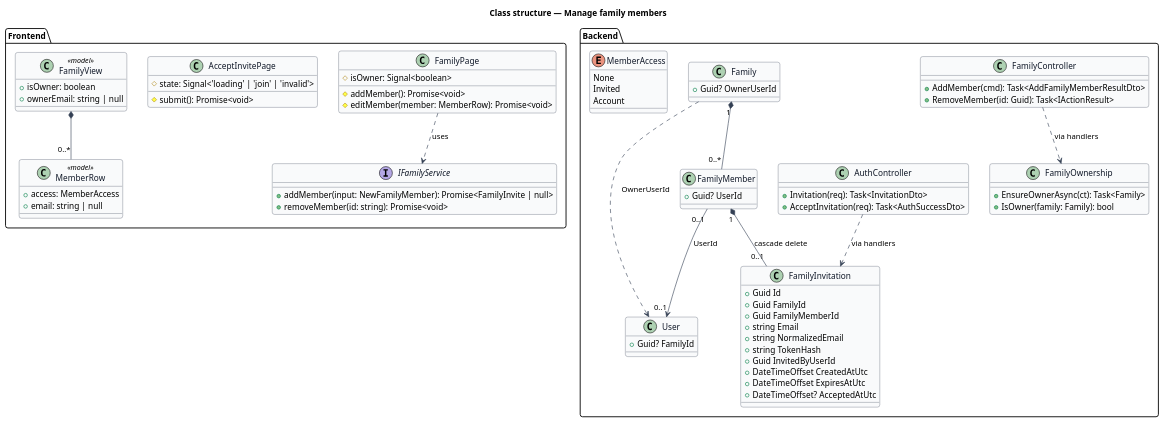
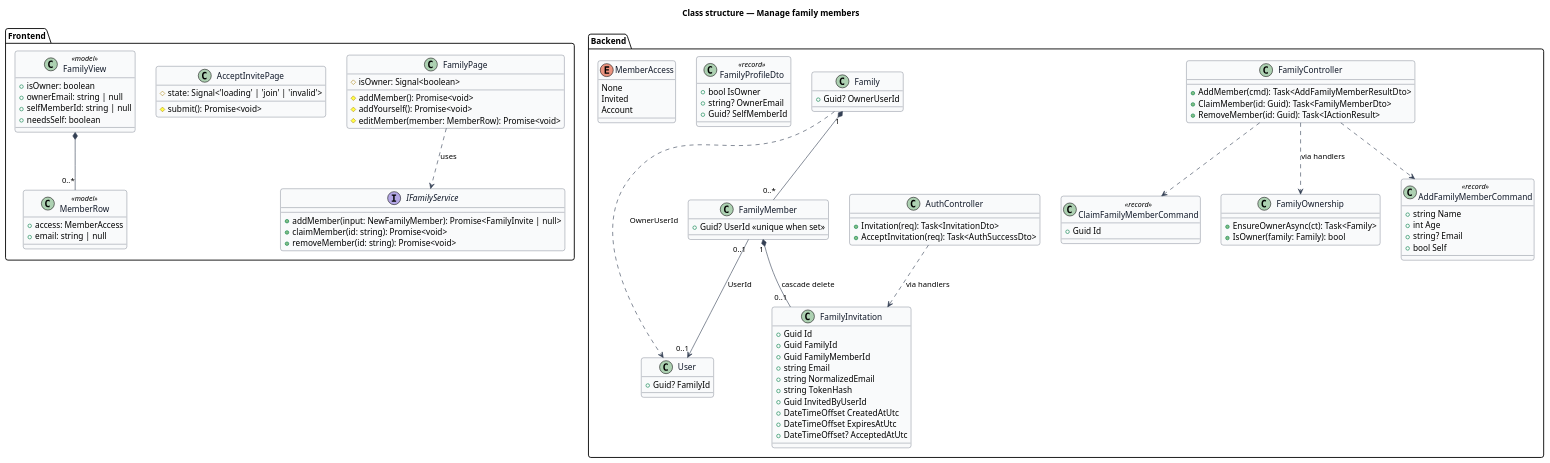
One commit to QuinntyneBrown/saturdaze changed the diagram in docs/detailed-designs/identity-and-access/manage-family-members/diagrams/class-structure.puml. Above: the diagram before and after it, drawn with PlantUML. The commit also changed 13 other files, not shown here.

First line of the commit message:
Design: the family owner's own row, This is me and ADR-024

```diff
--- a/docs/detailed-designs/identity-and-access/manage-family-members/diagrams/class-structure.puml
+++ b/docs/detailed-designs/identity-and-access/manage-family-members/diagrams/class-structure.puml
@@ -1,87 +1,108 @@
 @startuml
 skinparam backgroundColor #FFFFFF
 skinparam shadowing false
 skinparam roundcorner 8
 skinparam defaultFontName Arial
 skinparam ArrowColor #344054
 skinparam class {
   BorderColor #344054
   FontColor #101828
   BackgroundColor #F9FAFB
 }
 title Class structure — Manage family members
 
 package "Frontend" {
   class FamilyPage {
     #isOwner: Signal<boolean>
     #addMember(): Promise<void>
+    #addYourself(): Promise<void>
     #editMember(member: MemberRow): Promise<void>
   }
   class AcceptInvitePage {
     #state: Signal<'loading' | 'join' | 'invalid'>
     #submit(): Promise<void>
   }
   interface IFamilyService {
     +addMember(input: NewFamilyMember): Promise<FamilyInvite | null>
+    +claimMember(id: string): Promise<void>
     +removeMember(id: string): Promise<void>
   }
   class MemberRow <<model>> {
     +access: MemberAccess
     +email: string | null
   }
   class FamilyView <<model>> {
     +isOwner: boolean
     +ownerEmail: string | null
+    +selfMemberId: string | null
+    +needsSelf: boolean
   }
 }
 
 package "Backend" {
   class FamilyController {
     +AddMember(cmd): Task<AddFamilyMemberResultDto>
+    +ClaimMember(id: Guid): Task<FamilyMemberDto>
     +RemoveMember(id: Guid): Task<IActionResult>
   }
   class AuthController {
     +Invitation(req): Task<InvitationDto>
     +AcceptInvitation(req): Task<AuthSuccessDto>
   }
   class FamilyOwnership {
     +EnsureOwnerAsync(ct): Task<Family>
     +IsOwner(family: Family): bool
   }
   class Family {
     +Guid? OwnerUserId
   }
   class FamilyMember {
-    +Guid? UserId
+    +Guid? UserId <<unique when set>>
+  }
+  class AddFamilyMemberCommand <<record>> {
+    +string Name
+    +int Age
+    +string? Email
+    +bool Self
+  }
+  class ClaimFamilyMemberCommand <<record>> {
+    +Guid Id
+  }
+  class FamilyProfileDto <<record>> {
+    +bool IsOwner
+    +string? OwnerEmail
+    +Guid? SelfMemberId
   }
   class FamilyInvitation {
     +Guid Id
     +Guid FamilyId
     +Guid FamilyMemberId
     +string Email
     +string NormalizedEmail
     +string TokenHash
     +Guid InvitedByUserId
     +DateTimeOffset CreatedAtUtc
     +DateTimeOffset ExpiresAtUtc
     +DateTimeOffset? AcceptedAtUtc
   }
   class User {
     +Guid? FamilyId
   }
   enum MemberAccess {
     None
     Invited
     Account
   }
 }
 
 FamilyPage ..> IFamilyService : uses
 FamilyView *-- "0..*" MemberRow
 FamilyController ..> FamilyOwnership : via handlers
 Family "1" *-- "0..*" FamilyMember
 FamilyMember "1" *-- "0..1" FamilyInvitation : cascade delete
 FamilyMember "0..1" --> "0..1" User : UserId
 Family ..> User : OwnerUserId
 AuthController ..> FamilyInvitation : via handlers
+FamilyController ..> AddFamilyMemberCommand
+FamilyController ..> ClaimFamilyMemberCommand
 @enduml
```
